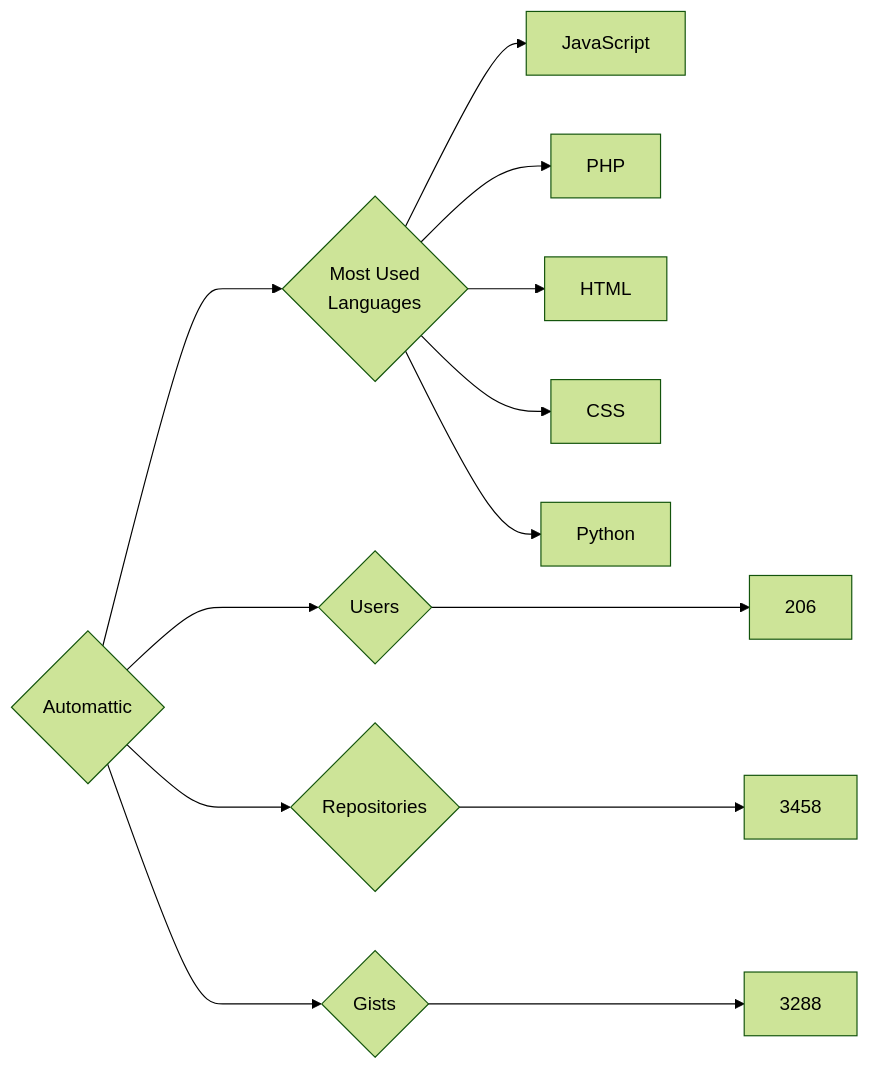
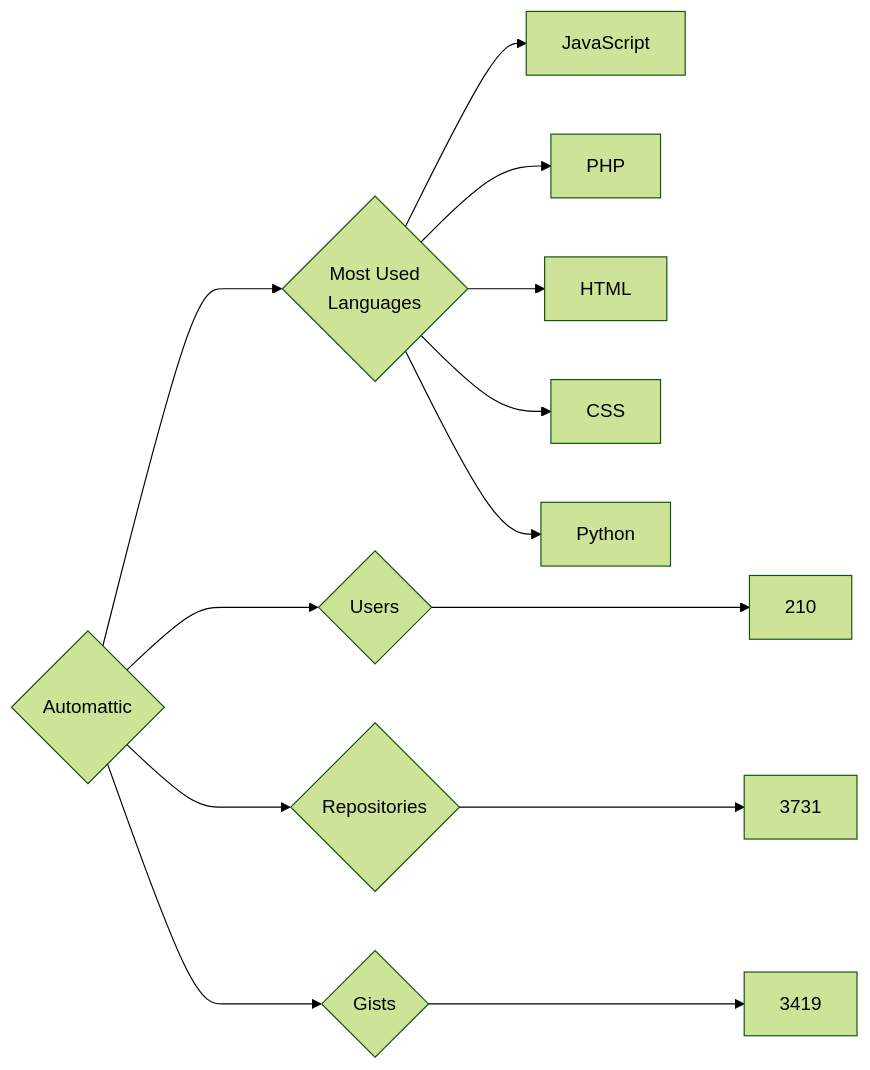
The diagram in targets/Automattic/README.md (trickest/insiders), drawn with Mermaid (forest theme) before and after one commit. The commit also changed 891 other files, not shown here.

````diff
--- a/targets/Automattic/README.md
+++ b/targets/Automattic/README.md
@@ -3,13 +3,13 @@
 ```mermaid
 graph LR
 COMPANY_NAME{Automattic}
-COMPANY_NAME ---> U{Users} ---> UN[206]
-COMPANY_NAME ---> R{Repositories} ---> RN[3458]
-COMPANY_NAME ---> G{Gists} ---> GN[3288]
+COMPANY_NAME ---> U{Users} ---> UN[210]
+COMPANY_NAME ---> R{Repositories} ---> RN[3731]
+COMPANY_NAME ---> G{Gists} ---> GN[3419]
 COMPANY_NAME ---> ML{Most Used<br>Languages}
 ML --> JavaScript[JavaScript]
 ML --> PHP[PHP]
 ML --> HTML[HTML]
 ML --> CSS[CSS]
 ML --> Python[Python]
 ```
````
